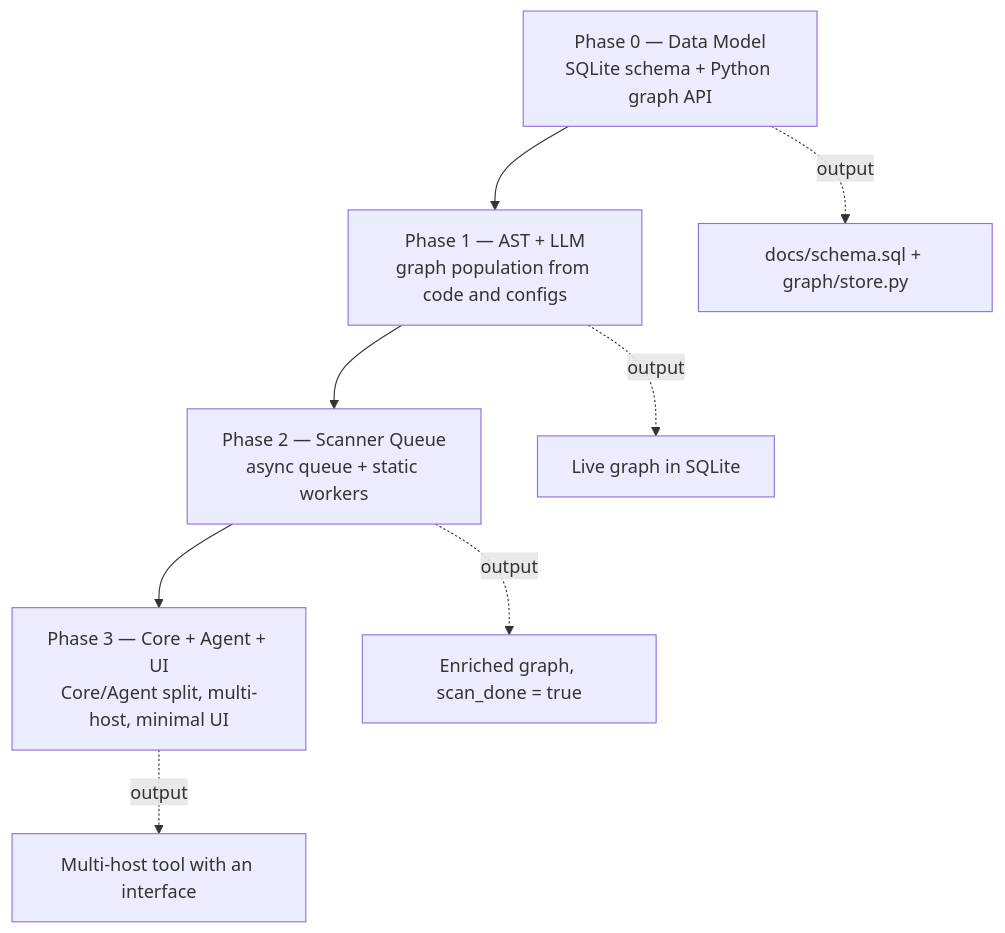
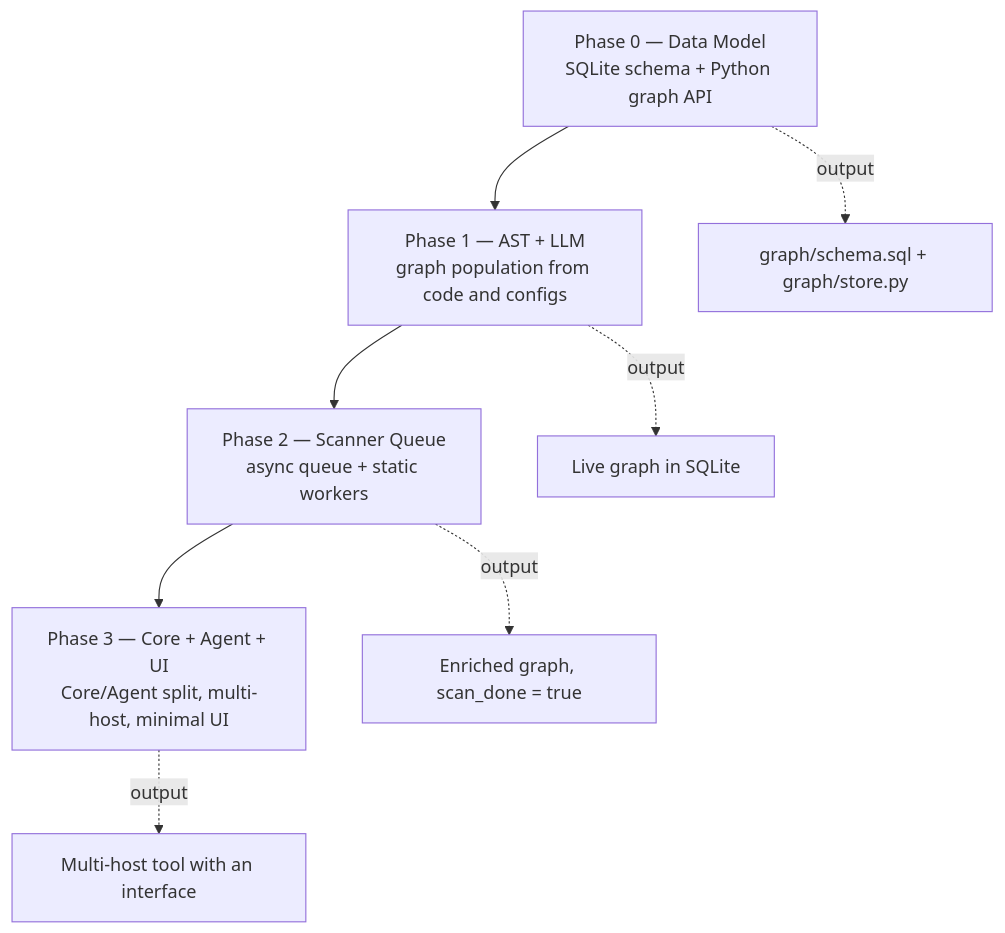
Before and after one commit to Malinowiy/AICorellator: the fourth of 6 diagrams in README.md, drawn with Mermaid. The commit also changed other lines of this file and 22 other files, not shown here.

First line of the commit message:
feat(graph): Phase 0 — SQLite graph store with repositories and query layer

````diff
--- a/README.md
+++ b/README.md
@@ -126,14 +126,14 @@
 ```mermaid
 flowchart TB
     P0["Phase 0 — Data Model<br/>SQLite schema + Python graph API"]
     P1["Phase 1 — AST + LLM<br/>graph population from code and configs"]
     P2["Phase 2 — Scanner Queue<br/>async queue + static workers"]
     P3["Phase 3 — Core + Agent + UI<br/>Core/Agent split, multi-host, minimal UI"]
 
     P0 --> P1 --> P2 --> P3
 
-    P0 -.output.-> O0[docs/schema.sql + graph/store.py]
+    P0 -.output.-> O0[graph/schema.sql + graph/store.py]
     P1 -.output.-> O1[Live graph in SQLite]
     P2 -.output.-> O2[Enriched graph, scan_done = true]
     P3 -.output.-> O3[Multi-host tool with an interface]
 ```
````
